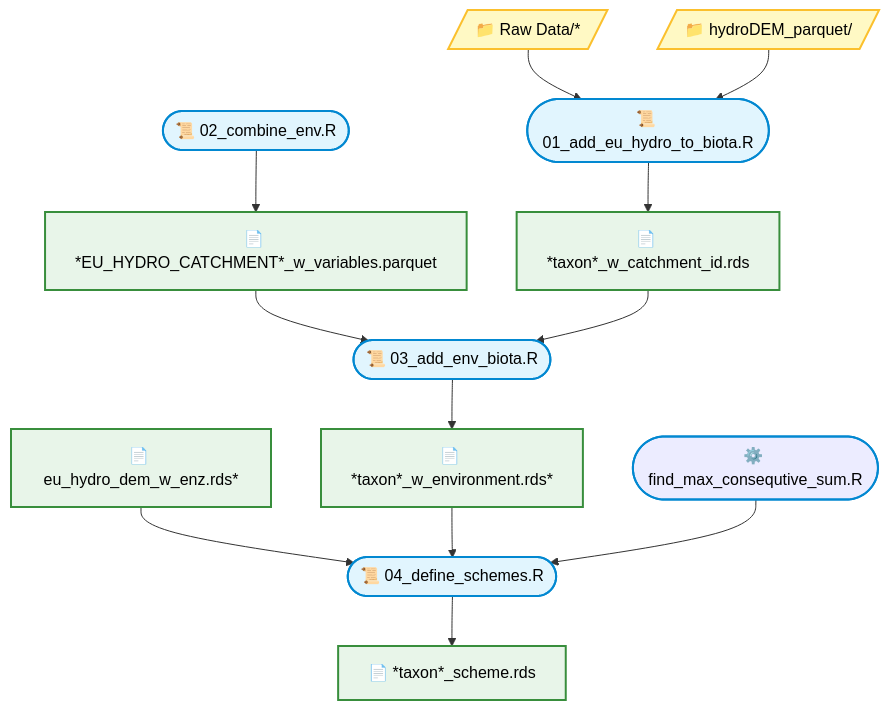
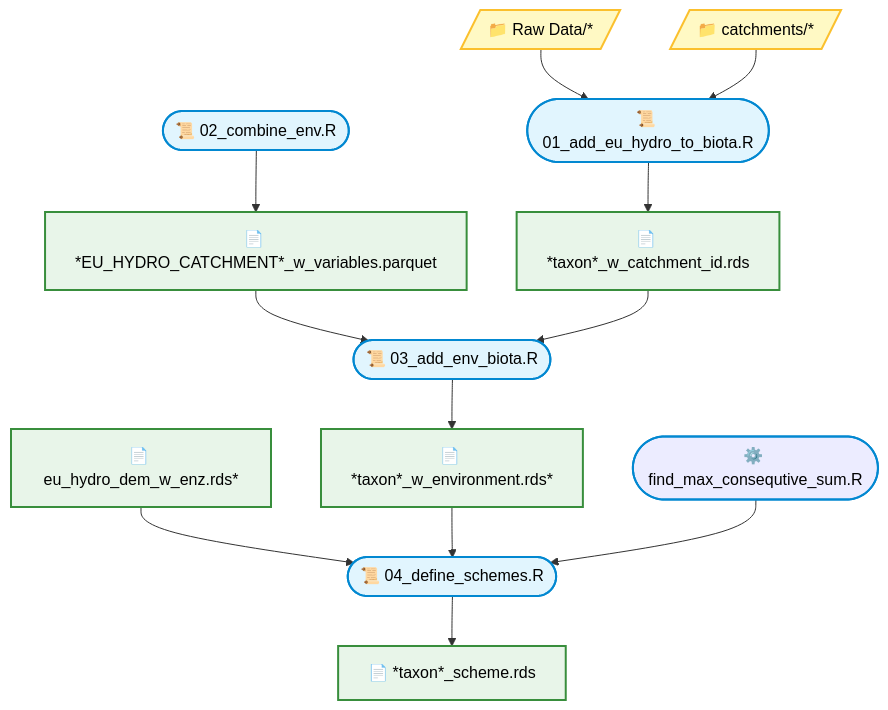
Before and after one commit to JonJup/FreshwaterTypologyBenchmarks: the diagram in docs/01_prepare_data.md, drawn with Mermaid.

Commit message:
Update folder structure in data preparation documentation

````diff
--- a/docs/01_prepare_data.md
+++ b/docs/01_prepare_data.md
@@ -3,47 +3,47 @@
 ``` mermaid
 
 graph TD
 
     %% 1. Define custom colors for each type
 	    classDef script fill:#E1F5FE,stroke:#0288D1,stroke-width:2px,color:#000
 	    classDef helper fill:#A2G5FX,stroke:#0288D1,stroke-width:2px,color:#000
 	    classDef file fill:#E8F5E9,stroke:#388E3C,stroke-width:2px,color:#000
 	    classDef folder fill:#FFF9C4,stroke:#FBC02D,stroke-width:2px,color:#000
 	    
 	%% 2. Define Scripts (Stadium shape)
     S1(["📜 01_add_eu_hydro_to_biota.R"]):::script
     S2(["📜 02_combine_env.R"]):::script
     S3(["📜 03_add_env_biota.R"]):::script
     S4(["📜 04_define_schemes.R"]):::script
     
     %% 3. Define Helpers 
     H1(["⚙️ find_max_consequtive_sum.R"]):::helper
     
 	%% 4. Define Files (Standard rectangle)
     F1["📄 *taxon*_w_catchment_id.rds"]:::file
     F2["📄 *EU_HYDRO_CATCHMENT*_w_variables.parquet"]:::file
     F3["📄 eu_hydro_dem_w_enz.rds*"]:::file
     F4["📄 *taxon*_scheme.rds"]:::file
     F5["📄 *taxon*_w_environment.rds*"]:::file
 	
     %% 5. Define Folders (Trapezoid shape)
     D1[/"📁 Raw Data/*"/]:::folder
-	D2[/"📁 hydroDEM_parquet/"/]:::folder
+	D2[/"📁 catchments/*"/]:::folder
 	
     
     D1 --> S1
      D2 --> S1
 F2 --> S3
 F1 --> S3
 
 F3 --> S4
 F5 --> S4
 
 H1 --> S4
      
      S1 --> F1
      S2 --> F2    
      S3 --> F5
 S4 --> F4     
 
 ```
````
